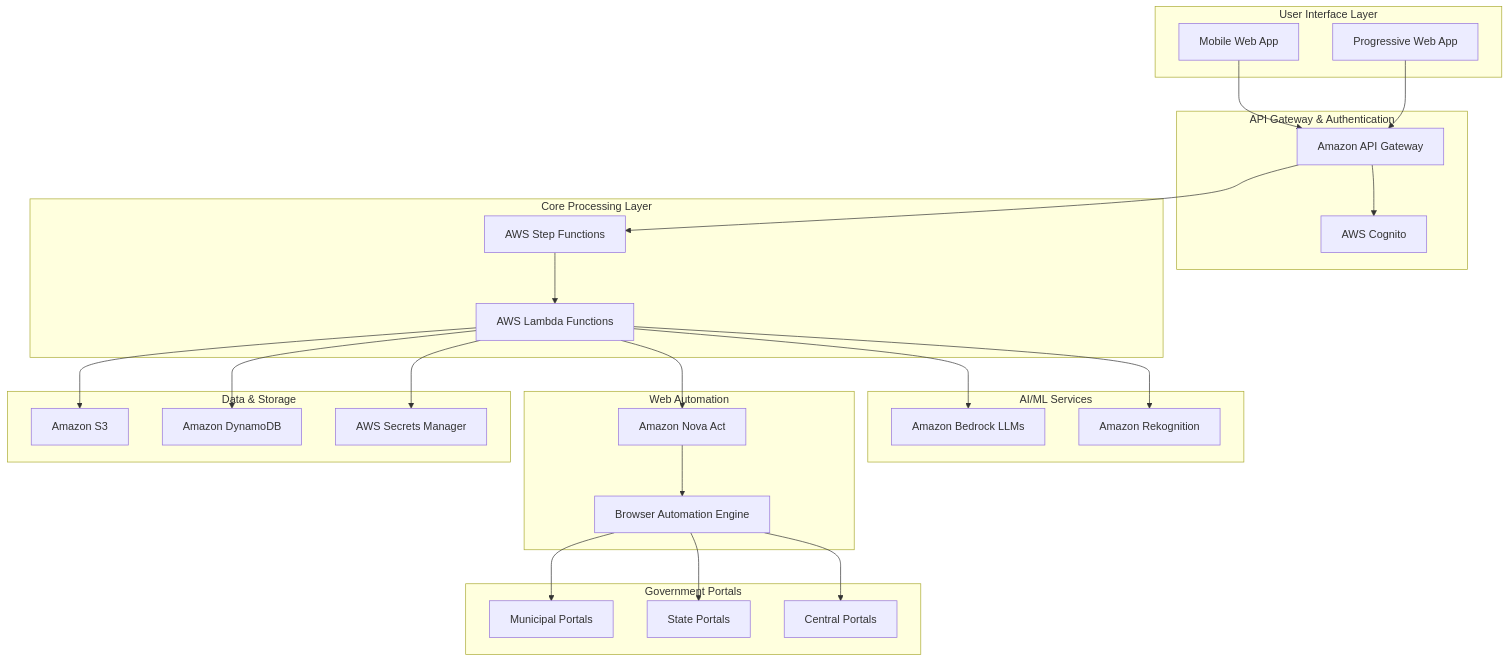
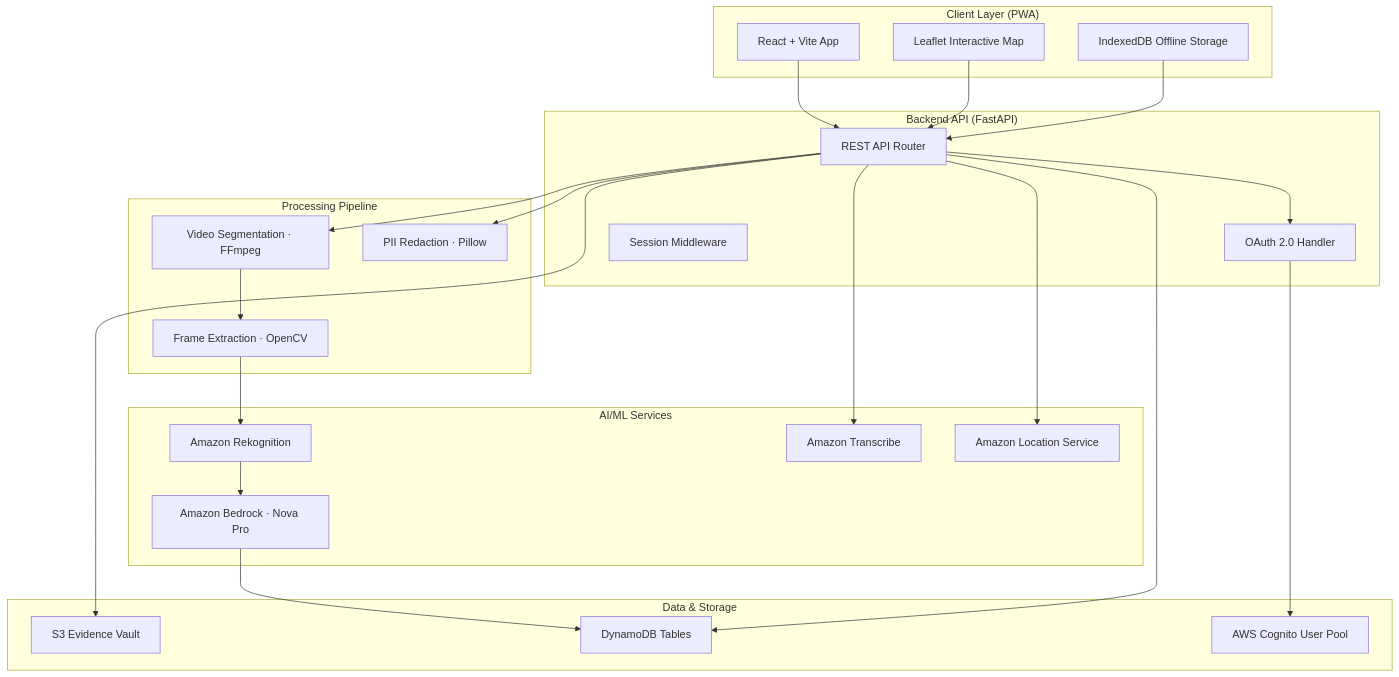
The diagram in design.md (Vedant-Baldwa/sewa_sahayak), drawn with Mermaid before and after one commit. The commit also changed other lines of this file, not shown here.

````diff
--- a/design.md
+++ b/design.md
@@ -13,55 +13,49 @@
 ```mermaid
 graph TB
-    subgraph "User Interface Layer"
-        UI[Mobile Web App]
-        PWA[Progressive Web App]
+    subgraph "Client Layer (PWA)"
+        UI[React + Vite App]
+        MAP[Leaflet Interactive Map]
+        OFFLINE[IndexedDB Offline Storage]
     end
     
-    subgraph "API Gateway & Authentication"
-        AG[Amazon API Gateway]
-        AUTH[AWS Cognito]
-    end
-    
-    subgraph "Core Processing Layer"
-        ORCH[AWS Step Functions]
-        LAMBDA[AWS Lambda Functions]
+    subgraph "Backend API (FastAPI)"
+        API[REST API Router]
+        AUTH[OAuth 2.0 Handler]
+        SESSION[Session Middleware]
     end
     
     subgraph "AI/ML Services"
-        BEDROCK[Amazon Bedrock LLMs]
+        BEDROCK[Amazon Bedrock · Nova Pro]
         REKOGNITION[Amazon Rekognition]
-    end
-    
-    subgraph "Web Automation"
-        NOVA_ACT[Amazon Nova Act]
-        AUTOMATION[Browser Automation Engine]
+        TRANSCRIBE[Amazon Transcribe]
+        LOCATION[Amazon Location Service]
     end
     
     subgraph "Data & Storage"
-        S3[Amazon S3]
-        DYNAMO[Amazon DynamoDB]
-        SECRETS[AWS Secrets Manager]
+        S3[S3 Evidence Vault]
+        DYNAMO[DynamoDB Tables]
+        COGNITO[AWS Cognito User Pool]
     end
     
-    subgraph "Government Portals"
-        MUNICIPAL[Municipal Portals]
-        STATE[State Portals]
-        CENTRAL[Central Portals]
+    subgraph "Processing Pipeline"
+        VIDEO[Video Segmentation · FFmpeg]
+        FRAME[Frame Extraction · OpenCV]
+        PII[PII Redaction · Pillow]
     end
     
-    UI --> AG
-    PWA --> AG
-    AG --> AUTH
-    AG --> ORCH
-    ORCH --> LAMBDA
-    LAMBDA --> BEDROCK
-    LAMBDA --> REKOGNITION
-    LAMBDA --> NOVA_ACT
-    NOVA_ACT --> AUTOMATION
-    AUTOMATION --> MUNICIPAL
-    AUTOMATION --> STATE
-    AUTOMATION --> CENTRAL
-    LAMBDA --> S3
-    LAMBDA --> DYNAMO
-    LAMBDA --> SECRETS
+    UI --> API
+    MAP --> API
+    OFFLINE --> API
+    API --> AUTH
+    AUTH --> COGNITO
+    API --> VIDEO
+    VIDEO --> FRAME
+    FRAME --> REKOGNITION
+    REKOGNITION --> BEDROCK
+    API --> TRANSCRIBE
+    API --> LOCATION
+    API --> PII
+    BEDROCK --> DYNAMO
+    API --> S3
+    API --> DYNAMO
 ```
````
